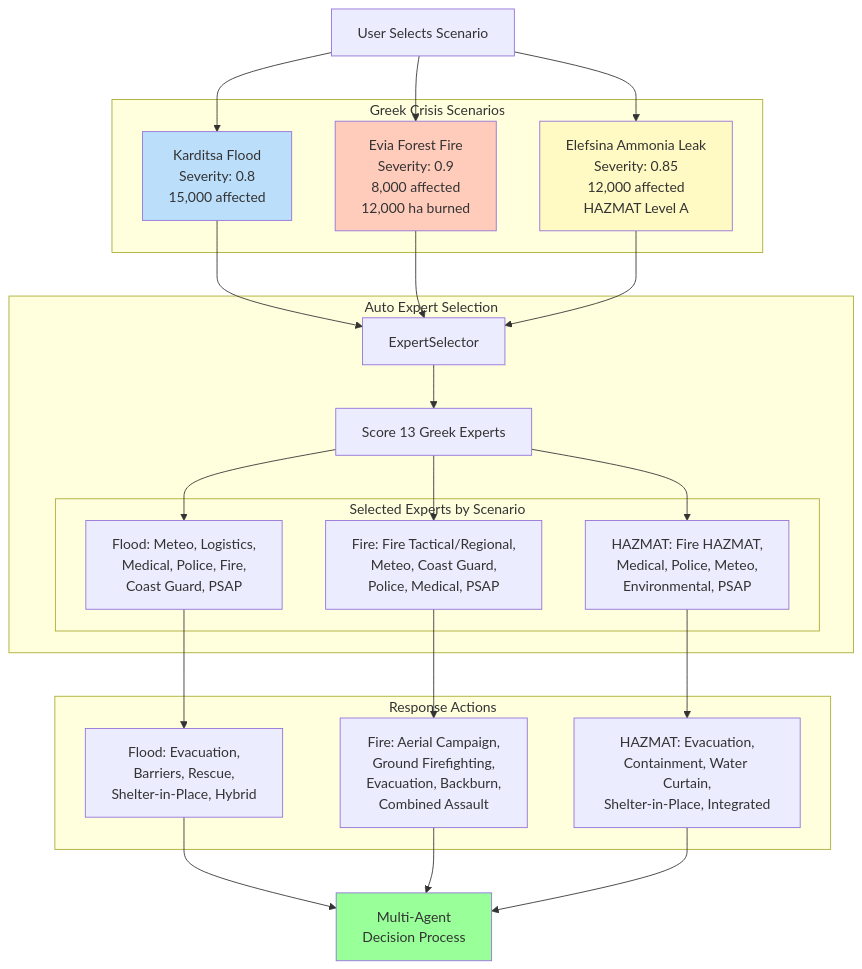
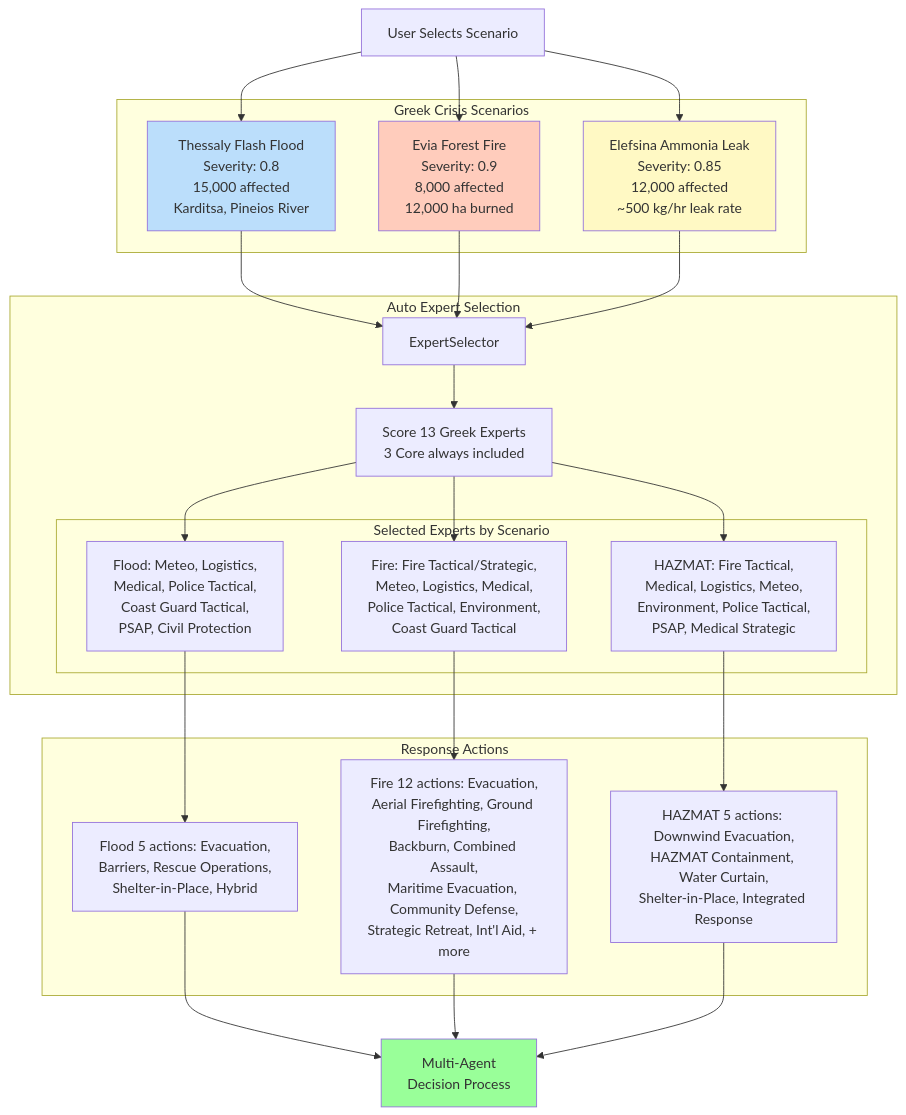
One commit to kerbgr/crisis_mas_poc changed the tenth of 19 diagrams in ARCHITECTURE_DIAGRAMS.md. Above: the diagram before and after it, drawn with Mermaid. The commit also changed other lines of this file, not shown here.

````diff
--- a/ARCHITECTURE_DIAGRAMS.md
+++ b/ARCHITECTURE_DIAGRAMS.md
@@ -479,54 +478,54 @@
 ```mermaid
 graph TB
     USER[User Selects Scenario]
 
     subgraph "Greek Crisis Scenarios"
-        KARDITSA[Karditsa Flood<br/>Severity: 0.8<br/>15,000 affected]
+        THESSALY[Thessaly Flash Flood<br/>Severity: 0.8<br/>15,000 affected<br/>Karditsa, Pineios River]
         EVIA[Evia Forest Fire<br/>Severity: 0.9<br/>8,000 affected<br/>12,000 ha burned]
-        ELEFSINA[Elefsina Ammonia Leak<br/>Severity: 0.85<br/>12,000 affected<br/>HAZMAT Level A]
+        ELEFSINA[Elefsina Ammonia Leak<br/>Severity: 0.85<br/>12,000 affected<br/>~500 kg/hr leak rate]
     end
 
     subgraph "Auto Expert Selection"
         SELECTOR[ExpertSelector]
-        SCORE[Score 13 Greek Experts]
+        SCORE[Score 13 Greek Experts<br/>3 Core always included]
 
         subgraph "Selected Experts by Scenario"
-            FLOOD_EXPERTS[Flood: Meteo, Logistics,<br/>Medical, Police, Fire,<br/>Coast Guard, PSAP]
-            FIRE_EXPERTS[Fire: Fire Tactical/Regional,<br/>Meteo, Coast Guard,<br/>Police, Medical, PSAP]
-            HAZMAT_EXPERTS[HAZMAT: Fire HAZMAT,<br/>Medical, Police, Meteo,<br/>Environmental, PSAP]
+            FLOOD_EXPERTS[Flood: Meteo, Logistics,<br/>Medical, Police Tactical,<br/>Coast Guard Tactical,<br/>PSAP, Civil Protection]
+            FIRE_EXPERTS[Fire: Fire Tactical/Strategic,<br/>Meteo, Logistics, Medical,<br/>Police Tactical, Environment,<br/>Coast Guard Tactical]
+            HAZMAT_EXPERTS[HAZMAT: Fire Tactical,<br/>Medical, Logistics, Meteo,<br/>Environment, Police Tactical,<br/>PSAP, Medical Strategic]
         end
     end
 
     subgraph "Response Actions"
-        FLOOD_ACTIONS[Flood: Evacuation,<br/>Barriers, Rescue,<br/>Shelter-in-Place, Hybrid]
-        FIRE_ACTIONS[Fire: Aerial Campaign,<br/>Ground Firefighting,<br/>Evacuation, Backburn,<br/>Combined Assault]
-        HAZMAT_ACTIONS[HAZMAT: Evacuation,<br/>Containment, Water Curtain,<br/>Shelter-in-Place, Integrated]
+        FLOOD_ACTIONS[Flood 5 actions: Evacuation,<br/>Barriers, Rescue Operations,<br/>Shelter-in-Place, Hybrid]
+        FIRE_ACTIONS[Fire 12 actions: Evacuation,<br/>Aerial Firefighting, Ground Firefighting,<br/>Backburn, Combined Assault,<br/>Maritime Evacuation, Community Defense,<br/>Strategic Retreat, Int'l Aid, + more]
+        HAZMAT_ACTIONS[HAZMAT 5 actions: Downwind Evacuation,<br/>HAZMAT Containment, Water Curtain,<br/>Shelter-in-Place, Integrated Response]
     end
 
-    USER --> KARDITSA
+    USER --> THESSALY
     USER --> EVIA
     USER --> ELEFSINA
 
-    KARDITSA --> SELECTOR
+    THESSALY --> SELECTOR
     EVIA --> SELECTOR
     ELEFSINA --> SELECTOR
 
     SELECTOR --> SCORE
 
     SCORE --> FLOOD_EXPERTS
     SCORE --> FIRE_EXPERTS
     SCORE --> HAZMAT_EXPERTS
 
     FLOOD_EXPERTS --> FLOOD_ACTIONS
     FIRE_EXPERTS --> FIRE_ACTIONS
     HAZMAT_EXPERTS --> HAZMAT_ACTIONS
 
     FLOOD_ACTIONS --> DECISION[Multi-Agent<br/>Decision Process]
     FIRE_ACTIONS --> DECISION
     HAZMAT_ACTIONS --> DECISION
 
-    style KARDITSA fill:#bbdefb
+    style THESSALY fill:#bbdefb
     style EVIA fill:#ffccbc
     style ELEFSINA fill:#fff9c4
     style DECISION fill:#99ff99
 ```
````
